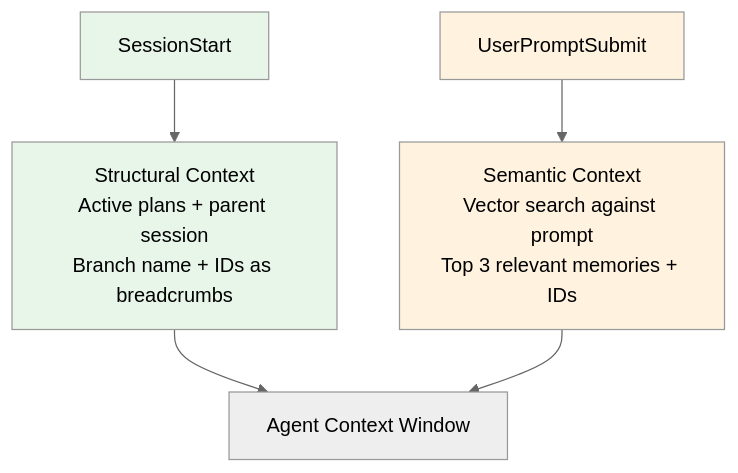
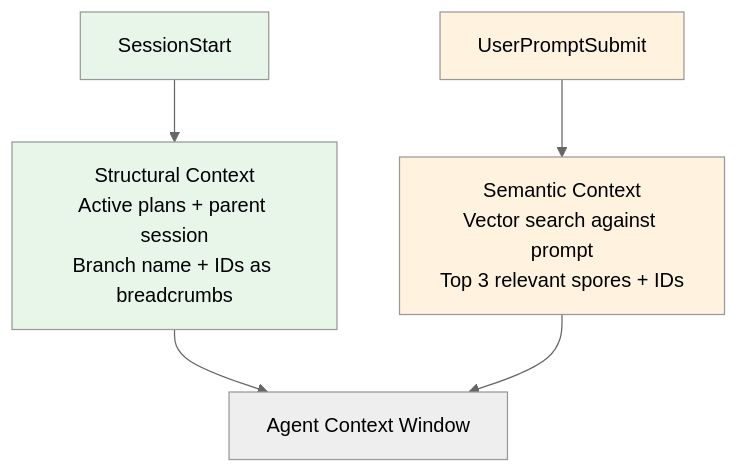
The fourth of 6 diagrams in docs/lifecycle.md (goondocks-co/myco), drawn with Mermaid (neutral theme) before and after one commit. The commit also changed other lines of this file and 8 other files, not shown here.

First line of the commit message:
docs: replace memory/memories terminology with spore/spores

````diff
--- a/docs/lifecycle.md
+++ b/docs/lifecycle.md
@@ -100,13 +100,13 @@
 ```mermaid
 flowchart TD
     SS[SessionStart] --> Struct[Structural Context<br/>Active plans + parent session<br/>Branch name + IDs as breadcrumbs]
-    UP[UserPromptSubmit] --> Sem[Semantic Context<br/>Vector search against prompt<br/>Top 3 relevant memories + IDs]
+    UP[UserPromptSubmit] --> Sem[Semantic Context<br/>Vector search against prompt<br/>Top 3 relevant spores + IDs]
 
     Struct --> Agent[Agent Context Window]
     Sem --> Agent
 
     style SS fill:#e8f5e9
     style UP fill:#fff3e0
     style Struct fill:#e8f5e9
     style Sem fill:#fff3e0
 ```
````
